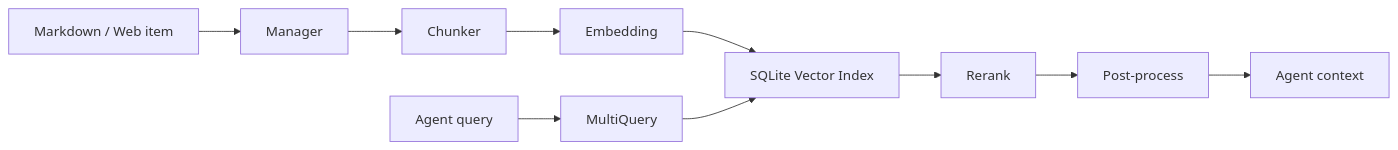
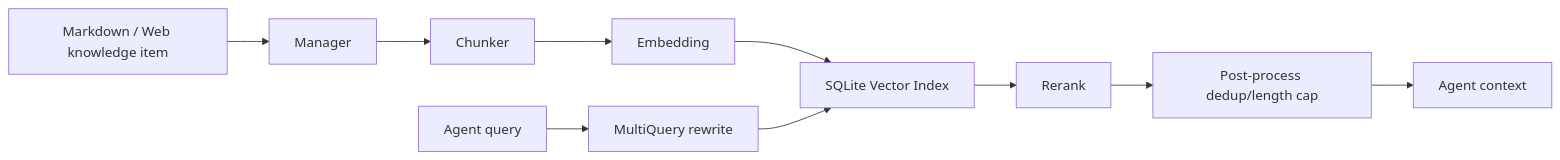
One commit to youki992/Provena changed the diagram in docs/en-US/knowledge-base.md. Above: the diagram before and after it, drawn with Mermaid. The commit also changed other lines of this file and 35 other files, not shown here.

````diff
--- a/docs/en-US/knowledge-base.md
+++ b/docs/en-US/knowledge-base.md
@@ -24,12 +168,12 @@
 ```mermaid
 flowchart LR
-    F["Markdown / Web item"] --> M["Manager"]
+    F["Markdown / Web knowledge item"] --> M["Manager"]
     M --> C["Chunker"]
     C --> E["Embedding"]
     E --> V["SQLite Vector Index"]
-    Q["Agent query"] --> MQ["MultiQuery"]
+    Q["Agent query"] --> MQ["MultiQuery rewrite"]
     MQ --> V
     V --> R["Rerank"]
-    R --> P["Post-process"]
+    R --> P["Post-process dedup/length cap"]
     P --> A["Agent context"]
 ```
````
